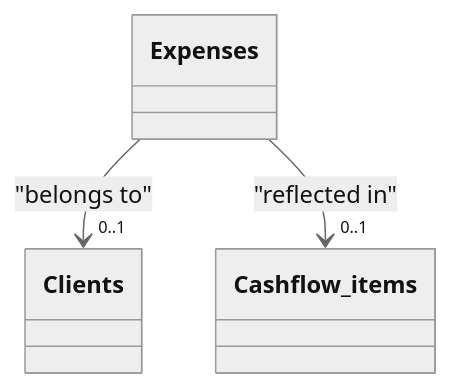
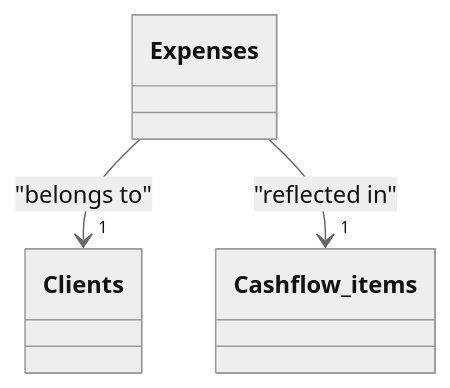
The diagram in docs/expenses.md (MartinMalinda/airtable-invoicing-base-docs), drawn with Mermaid (neutral theme) before and after one commit. The commit also changed other lines of this file and 14 other files, not shown here.

````diff
--- a/docs/expenses.md
+++ b/docs/expenses.md
@@ -35,5 +36,5 @@
 ```mermaid
 classDiagram
-  Expenses --> "0..1" Clients : "belongs to"
-  Expenses --> "0..1" Cashflow_items : "reflected in"
+  Expenses --> "1" Clients : "belongs to"
+  Expenses --> "1" Cashflow_items : "reflected in"
 ```
````
